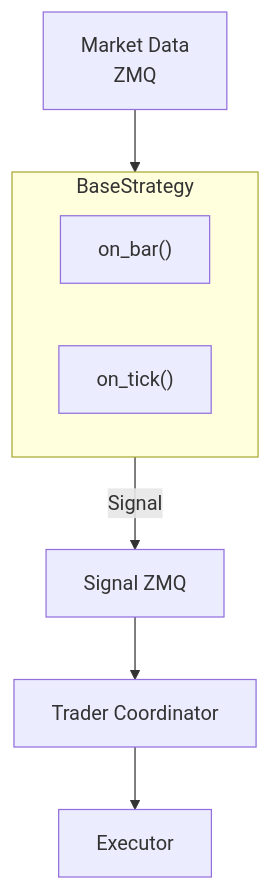
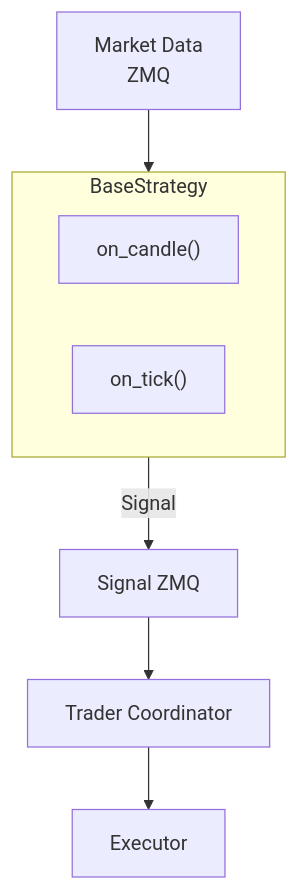
Before and after one commit to mateusz-klatt/snapper: the first of 2 diagrams in docs/strategies.md, drawn with Mermaid. The commit also changed other lines of this file and 48 other files, not shown here.

First line of the commit message:
refactor: rename Bar→Candle, add StrictDataSchema base class

````diff
--- a/docs/strategies.md
+++ b/docs/strategies.md
@@ -8,13 +8,13 @@
 ```mermaid
 flowchart TB
     MarketData["Market Data<br/>ZMQ"] --> Strategy
 
     subgraph Strategy["BaseStrategy"]
-        OnBar["on_bar()"]
+        OnBar["on_candle()"]
         OnTick["on_tick()"]
     end
 
     Strategy -->|Signal| SignalOut["Signal ZMQ"]
     SignalOut --> Coordinator["Trader Coordinator"]
     Coordinator --> Executor
 ```
````
